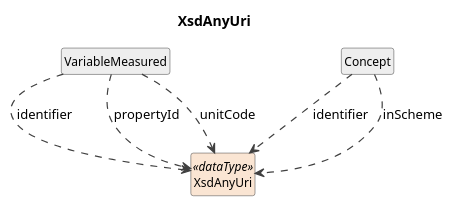
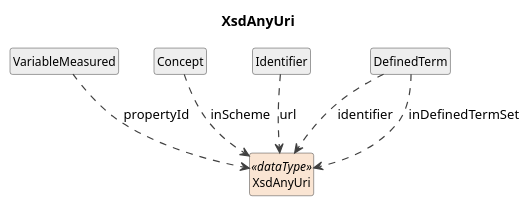
The diagram in build/plantuml/cdifDataDescription/DataTypes/XsdAnyUri.pu (Cross-Domain-Interoperability-Framework/metadataBuildingBlocks), drawn with PlantUML before and after one commit. The commit also changed 411 other files, not shown here.

```diff
--- a/build/plantuml/cdifDataDescription/DataTypes/XsdAnyUri.pu
+++ b/build/plantuml/cdifDataDescription/DataTypes/XsdAnyUri.pu
@@ -1,22 +1,24 @@
 @startuml
 title XsdAnyUri
 hide circle
 hide empty members
 skinparam shadowing false
 skinparam ArrowThickness 1.2
 skinparam class {
   ArrowColor #404040
   BorderColor #404040
   FontSize 12
 }
 
 class "XsdAnyUri" as XsdAnyUri <<dataType>> #FAE5D3
 class "VariableMeasured" as VariableMeasured #EEEEEE
-VariableMeasured ..> XsdAnyUri : identifier
 VariableMeasured ..> XsdAnyUri : propertyId
-VariableMeasured ..> XsdAnyUri : unitCode
 class "Concept" as Concept #EEEEEE
-Concept ..> XsdAnyUri : identifier
 Concept ..> XsdAnyUri : inScheme
+class "Identifier" as Identifier #EEEEEE
+Identifier ..> XsdAnyUri : url
+class "DefinedTerm" as DefinedTerm #EEEEEE
+DefinedTerm ..> XsdAnyUri : identifier
+DefinedTerm ..> XsdAnyUri : inDefinedTermSet
 
 @enduml
```
